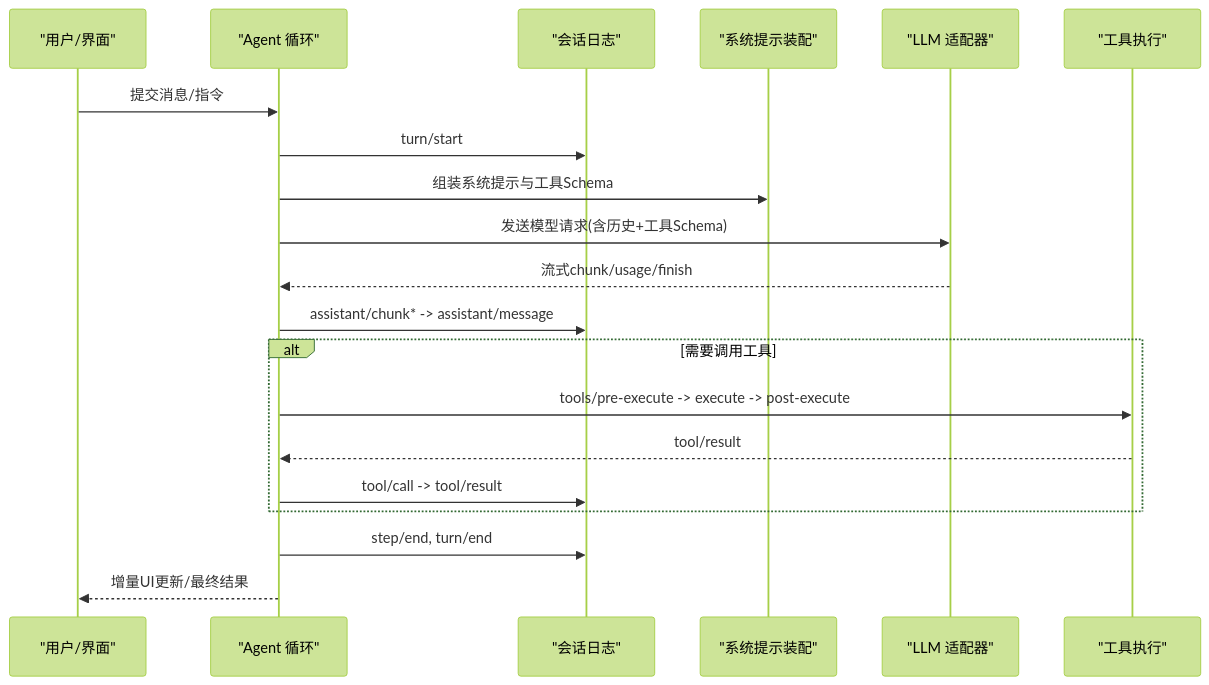
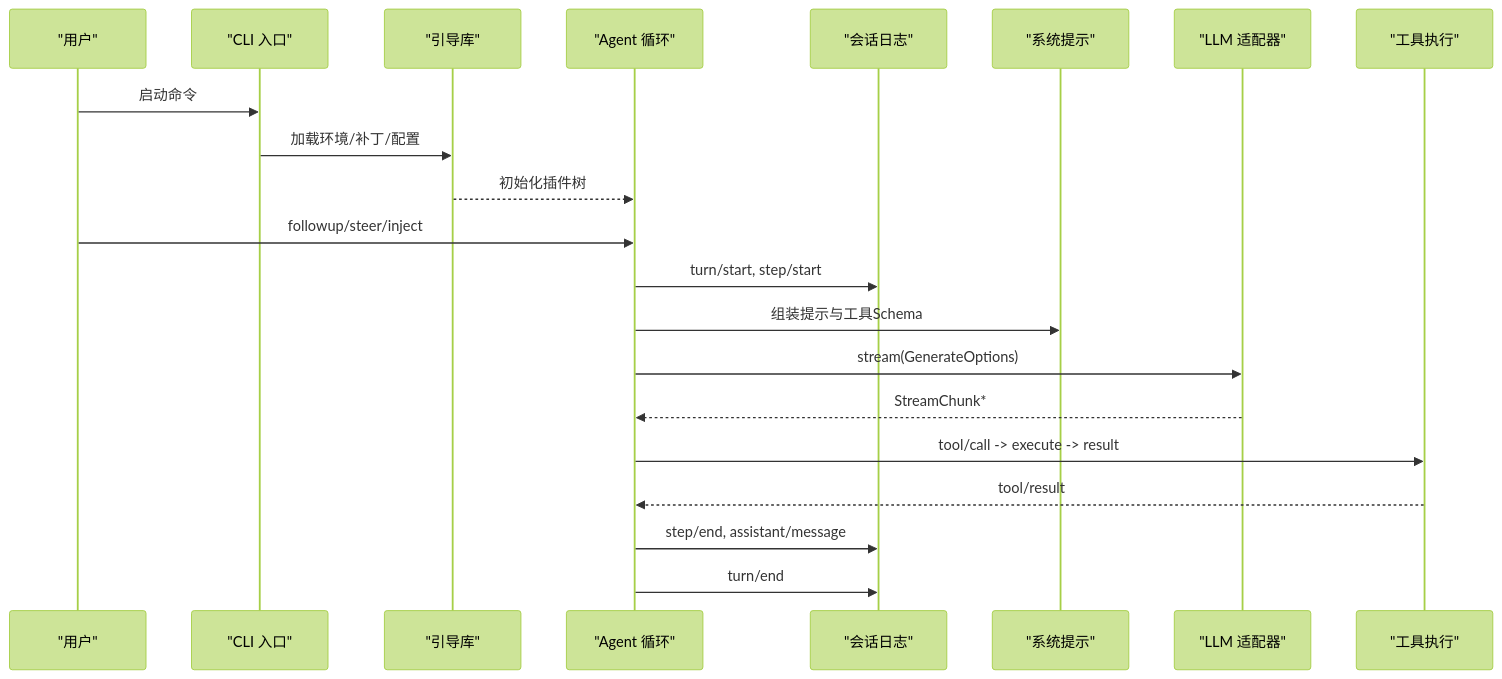
The second of 8 diagrams in .qoder/repowiki/zh/content/架构设计/架构设计.md (gongzili456/deepseek-harness), drawn with Mermaid (forest theme) before and after one commit. The commit also changed other lines of this file and 1001 other files, not shown here.

````diff
--- a/.qoder/repowiki/zh/content/架构设计/架构设计.md
+++ b/.qoder/repowiki/zh/content/架构设计/架构设计.md
@@ -95,22 +85,23 @@
 ```mermaid
 sequenceDiagram
-participant U as "用户/界面"
-participant AG as "Agent 循环"
-participant SE as "会话日志"
-participant SP as "系统提示装配"
-participant LL as "LLM 适配器"
-participant TO as "工具执行"
-U->>AG : 提交消息/指令
-AG->>SE : turn/start
-AG->>SP : 组装系统提示与工具Schema
-AG->>LL : 发送模型请求(含历史+工具Schema)
-LL-->>AG : 流式chunk/usage/finish
-AG->>SE : assistant/chunk* -> assistant/message
-alt 需要调用工具
-AG->>TO : tools/pre-execute -> execute -> post-execute
-TO-->>AG : tool/result
-AG->>SE : tool/call -> tool/result
-end
-AG->>SE : step/end, turn/end
-AG-->>U : 增量UI更新/最终结果
+participant User as "用户"
+participant CLI as "CLI 入口"
+participant Boot as "引导库"
+participant AgentLoop as "Agent 循环"
+participant Session as "会话日志"
+participant Prompt as "系统提示"
+participant LLM as "LLM 适配器"
+participant Tools as "工具执行"
+User->>CLI : 启动命令
+CLI->>Boot : 加载环境/补丁/配置
+Boot-->>AgentLoop : 初始化插件树
+User->>AgentLoop : followup/steer/inject
+AgentLoop->>Session : turn/start, step/start
+AgentLoop->>Prompt : 组装提示与工具Schema
+AgentLoop->>LLM : stream(GenerateOptions)
+LLM-->>AgentLoop : StreamChunk*
+AgentLoop->>Tools : tool/call -> execute -> result
+Tools-->>AgentLoop : tool/result
+AgentLoop->>Session : step/end, assistant/message
+AgentLoop->>Session : turn/end
 ```
````
